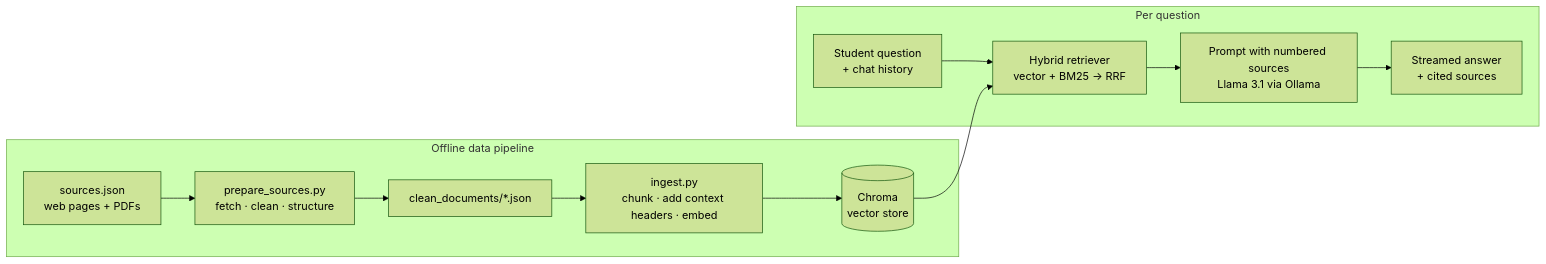
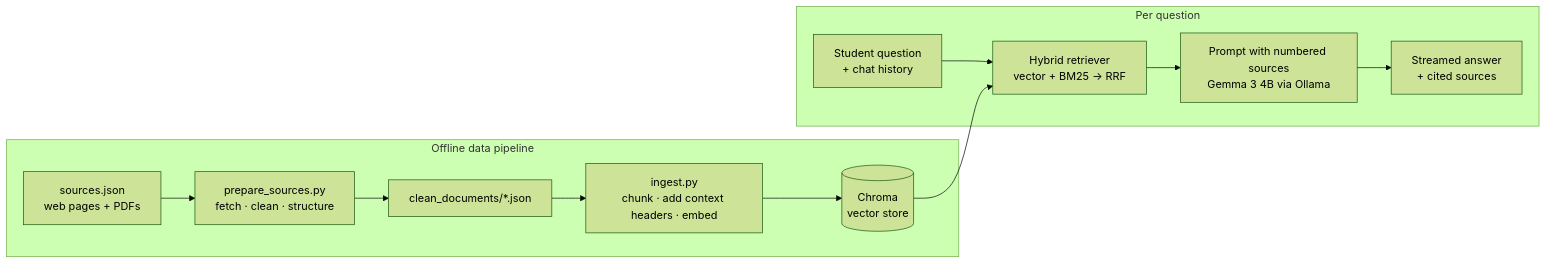
One commit to ICHBINMINIDA/THB-StudentAssist changed the first of 2 diagrams in README.md. Above: the diagram before and after it, drawn with Mermaid (forest theme). The commit also changed other lines of this file and 4 other files, not shown here.

````diff
--- a/README.md
+++ b/README.md
@@ -45,16 +45,16 @@
 ```mermaid
 flowchart LR
     subgraph Offline["Offline data pipeline"]
         S[sources.json<br/>web pages + PDFs] --> P[prepare_sources.py<br/>fetch · clean · structure]
         P --> C[clean_documents/*.json]
         C --> I[ingest.py<br/>chunk · add context headers · embed]
         I --> V[(Chroma<br/>vector store)]
     end
 
     subgraph Online["Per question"]
         Q[Student question<br/>+ chat history] --> R[Hybrid retriever<br/>vector + BM25 → RRF]
         V --> R
-        R --> L[Prompt with numbered sources<br/>Llama 3.1 via Ollama]
+        R --> L[Prompt with numbered sources<br/>Gemma 3 4B via Ollama]
         L --> A[Streamed answer<br/>+ cited sources]
     end
 ```
````
